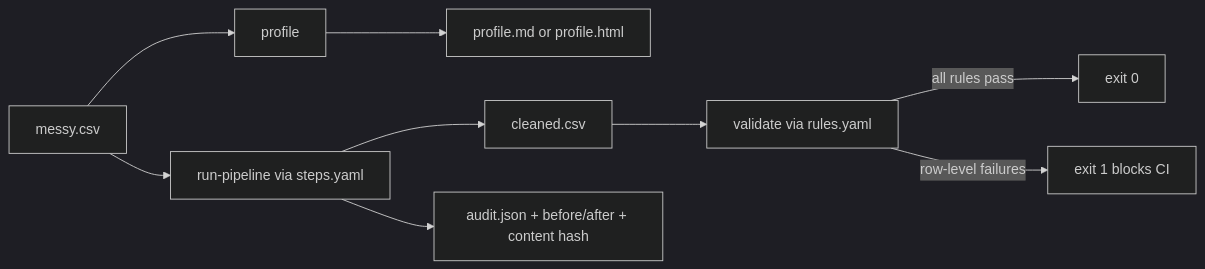
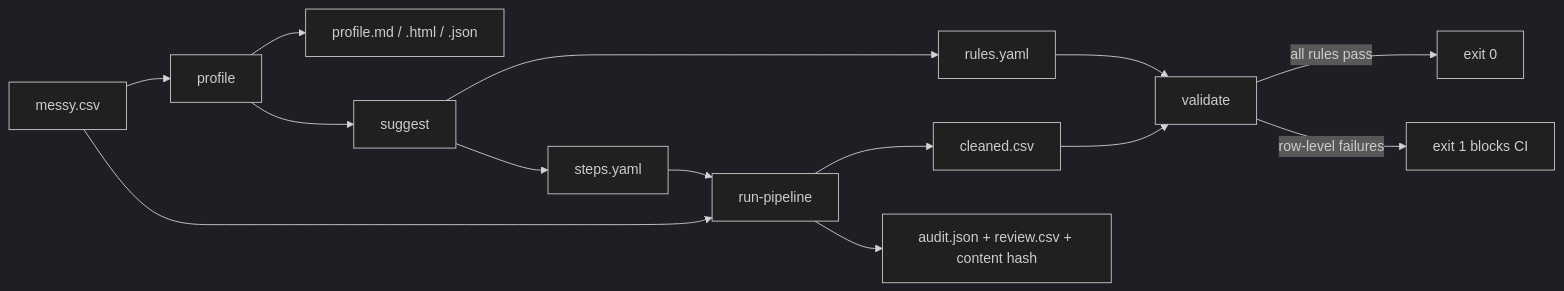
Before and after one commit to AleBrito124356/data-cleaning-toolkit: the first of 2 diagrams in README.md, drawn with Mermaid (dark theme). The commit also changed other lines of this file and 3 other files, not shown here.

````diff
--- a/README.md
+++ b/README.md
@@ -37,11 +40,16 @@
 ```mermaid
 flowchart LR
     RAW[messy.csv] --> PROFILE[profile]
-    PROFILE --> REPORT[profile.md or profile.html]
-    RAW --> PIPE[run-pipeline via steps.yaml]
+    PROFILE --> REPORT[profile.md / .html / .json]
+    PROFILE --> SUGGEST[suggest]
+    SUGGEST --> STEPS[steps.yaml]
+    SUGGEST --> RULES[rules.yaml]
+    RAW --> PIPE[run-pipeline]
+    STEPS --> PIPE
     PIPE --> CLEAN[cleaned.csv]
-    PIPE --> AUDIT[audit.json + before/after + content hash]
-    CLEAN --> VALIDATE[validate via rules.yaml]
+    PIPE --> AUDIT[audit.json + review.csv + content hash]
+    CLEAN --> VALIDATE[validate]
+    RULES --> VALIDATE
     VALIDATE -->|all rules pass| OK[exit 0]
     VALIDATE -->|row-level failures| FAIL[exit 1 blocks CI]
 ```
````
